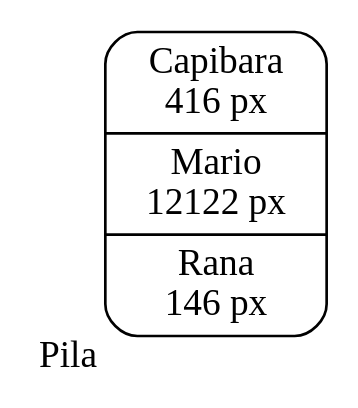
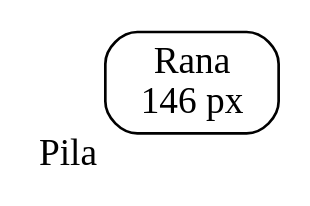
Before and after one commit to MelvinGGS/IPC2_ProyectoVD2024_202300712: the diagram in Proyecto 1/Reportes/Pila_IPC-001.dot, drawn with Graphviz. The commit also changed 8 other files, not shown here.

```diff
--- a/Proyecto 1/Reportes/Pila_IPC-001.dot
+++ b/Proyecto 1/Reportes/Pila_IPC-001.dot
@@ -1,5 +1,5 @@
 digraph G {
     rankdir=LR;
     node[shape=Mrecord];
-    Pila[xlabel="Pila" label="Capibara\n416 px|Mario\n12122 px|Rana\n146 px"];
+    Pila[xlabel="Pila" label="Rana\n146 px"];
 }
```
